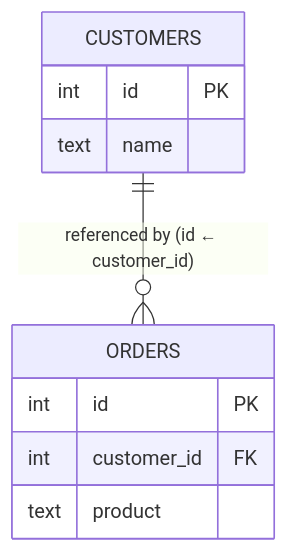
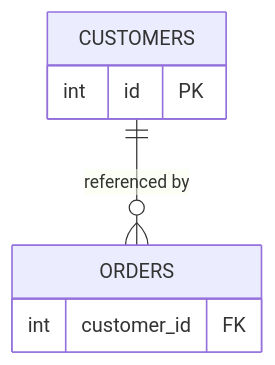
Before and after one commit to Topurrra/themissingmanual: the first of 3 diagrams in guides/relationships-and-keys/03-foreign-keys-and-referential-integrity.md, drawn with Mermaid. The commit also changed other lines of this file and 15 other files, not shown here.

Commit message:
fixed mermaid diagrams

````diff
--- a/guides/relationships-and-keys/03-foreign-keys-and-referential-integrity.md
+++ b/guides/relationships-and-keys/03-foreign-keys-and-referential-integrity.md
@@ -29,13 +29,10 @@
 ```mermaid
 erDiagram
-  CUSTOMERS ||--o{ ORDERS : "referenced by (id ← customer_id)"
+  CUSTOMERS ||--o{ ORDERS : "referenced by"
   CUSTOMERS {
     int id PK
-    text name
   }
   ORDERS {
-    int id PK
     int customer_id FK
-    text product
   }
 ```
````
